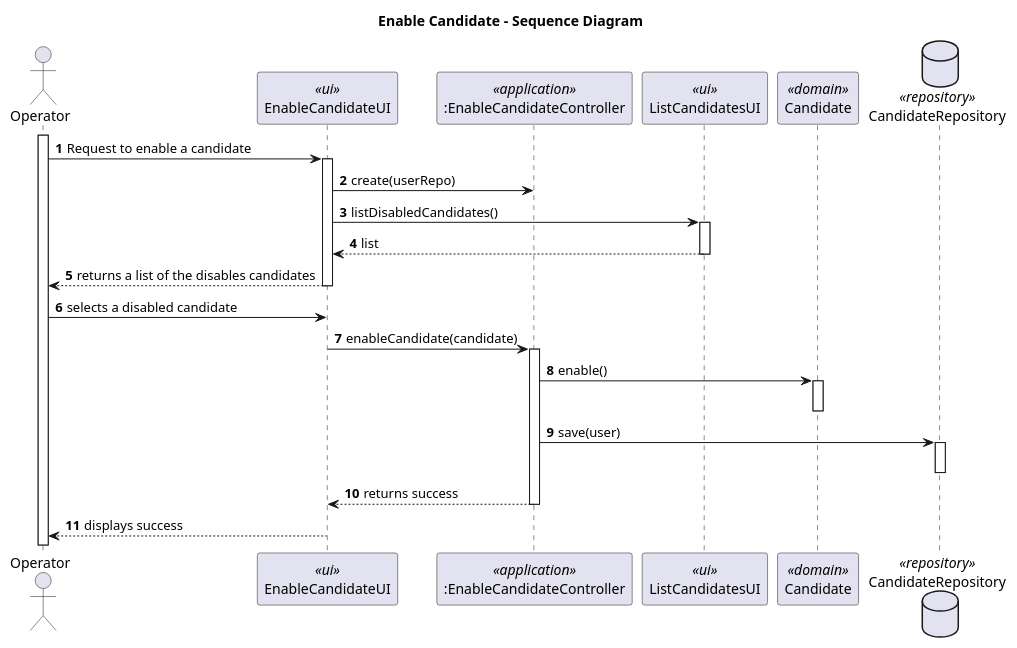
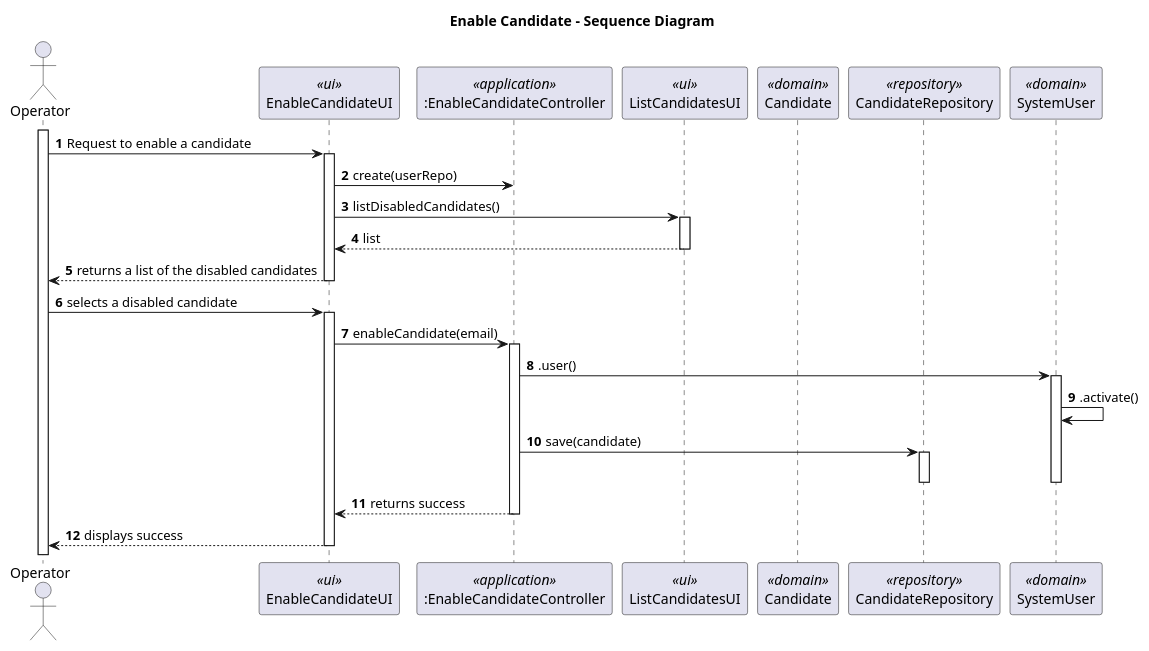
The diagram in docs/sprintC/2000b/SD1_EnableCandidate/2000b-sequence-diagram.puml (marcoferreira37/Lapr4), drawn with PlantUML before and after one commit. The commit also changed 1 other file, not shown here.

```diff
--- a/docs/sprintC/2000b/SD1_EnableCandidate/2000b-sequence-diagram.puml
+++ b/docs/sprintC/2000b/SD1_EnableCandidate/2000b-sequence-diagram.puml
@@ -1,38 +1,41 @@
 @startuml
 
 title Enable Candidate - Sequence Diagram
 
 autonumber
 actor Operator as ADM
 participant "EnableCandidateUI" as UI <<ui>>
 participant ":EnableCandidateController" as CTRL <<application>>
 participant "ListCandidatesUI" as LUI <<ui>>
 participant "Candidate" as EU <<domain>>
-database "CandidateRepository" as REPO <<repository>>
+participant "CandidateRepository" as REPO <<repository>>
+participant "SystemUser" as SYS <<domain>>
 
 activate ADM
 ADM-> UI : Request to enable a candidate
 activate UI
 UI -> CTRL : create(userRepo)
 UI -> LUI: listDisabledCandidates()
 activate LUI
 LUI --> UI : list
 deactivate LUI
-UI-->ADM: returns a list of the disables candidates
+UI-->ADM: returns a list of the disabled candidates
 deactivate UI
 ADM -> UI : selects a disabled candidate
-UI -> CTRL : enableCandidate(candidate)
+activate UI
+UI -> CTRL : enableCandidate(email)
 activate CTRL
-CTRL -> EU : enable()
-activate EU
-deactivate EU
-CTRL -> REPO : save(user)
+CTRL-> SYS: .user()
+activate SYS
+SYS -> SYS : .activate()
+CTRL -> REPO : save(candidate)
 activate REPO
+deactivate SYS
 deactivate REPO
 CTRL --> UI : returns success
 deactivate CTRL
 UI --> ADM : displays success
 deactivate UI
 
 
 @enduml
```
